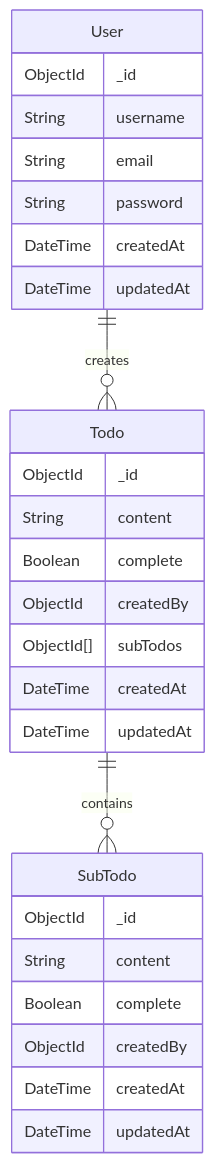
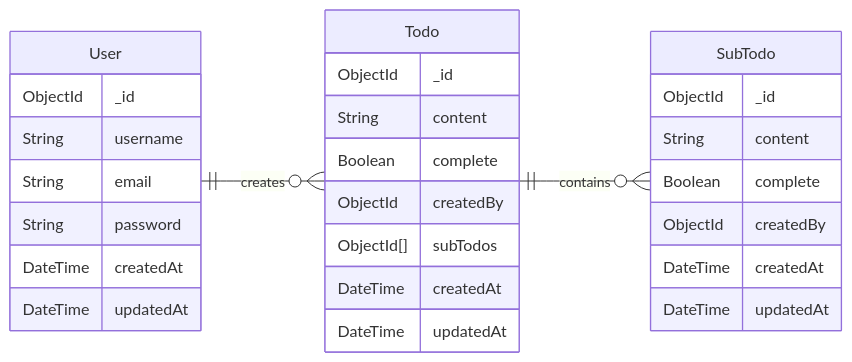
Before and after one commit to siddharthkumarrai/node.js_Backend_Guide: the diagram in README.md, drawn with Mermaid. The commit also changed other lines of this file, not shown here.

````diff
--- a/README.md
+++ b/README.md
@@ -339,33 +342,34 @@
 ```mermaid
 erDiagram
+    direction LR
     User {
         ObjectId _id
         String username
         String email
         String password
         DateTime createdAt
         DateTime updatedAt
     }
 
     Todo {
         ObjectId _id
         String content
         Boolean complete
         ObjectId createdBy
         ObjectId[] subTodos
         DateTime createdAt
         DateTime updatedAt
     }
 
     SubTodo {
         ObjectId _id
         String content
         Boolean complete
         ObjectId createdBy
         DateTime createdAt
         DateTime updatedAt
     }
 
     User ||--o{ Todo : creates
     Todo ||--o{ SubTodo : contains
 ```
````
